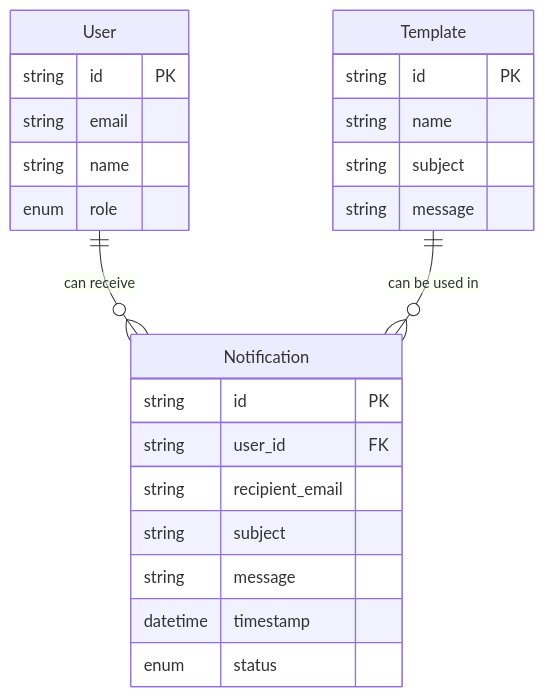
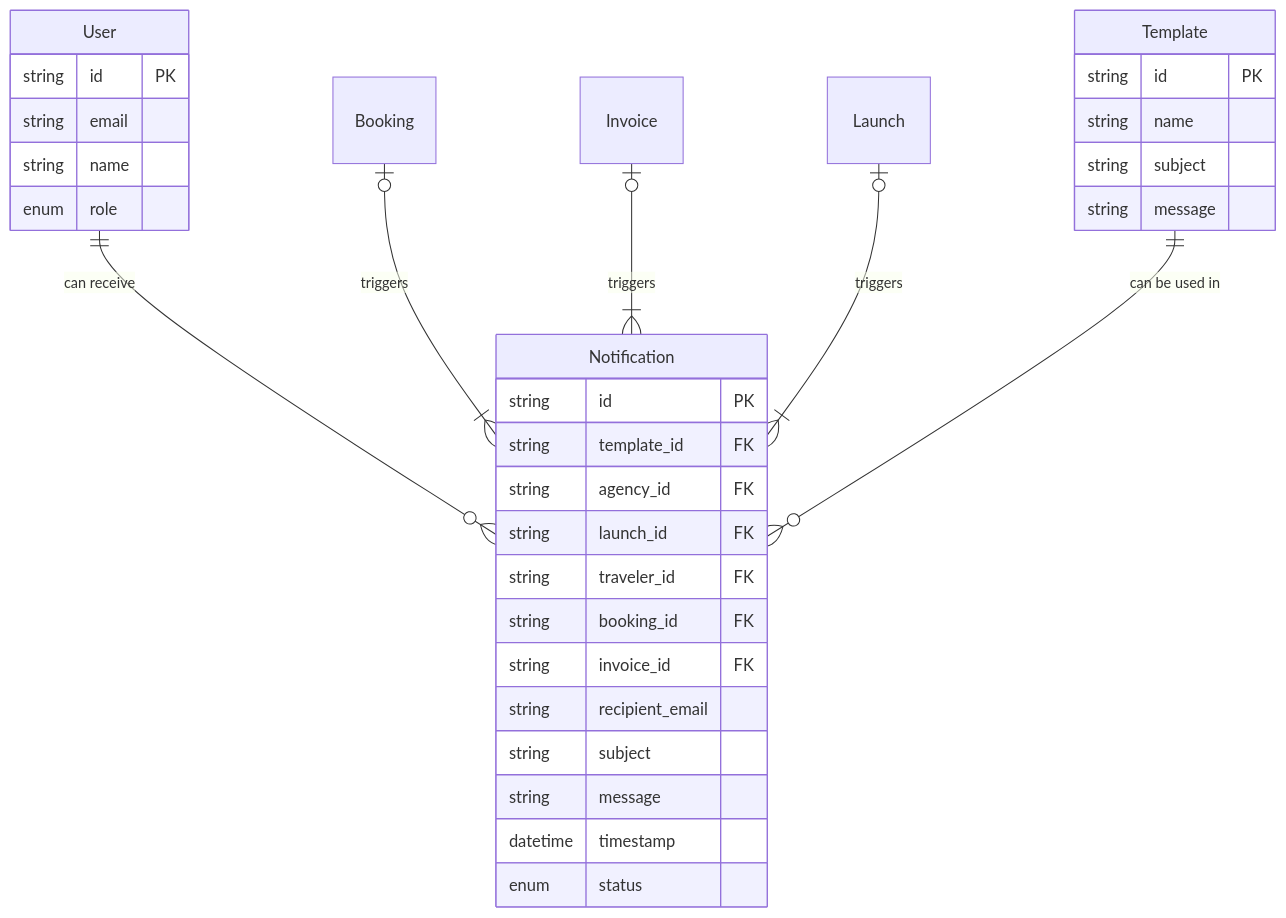
One commit to AstroBookings/.github changed the second of 2 diagrams in profile/2-design/4_4-notification-system.domain.md. Above: the diagram before and after it, drawn with Mermaid. The commit also changed 2 other files, not shown here.

Commit message:
wip: nptification api entities

````diff
--- a/profile/2-design/4_4-notification-system.domain.md
+++ b/profile/2-design/4_4-notification-system.domain.md
@@ -136,29 +136,37 @@
 ```mermaid
 erDiagram
     User {
         string id PK
         string email
         string name
         enum role
     }
 
     Notification {
         string id PK
-        string user_id FK
+        string template_id FK
+        string agency_id FK
+        string launch_id FK
+        string traveler_id FK
+        string booking_id FK
+        string invoice_id FK
         string recipient_email
         string subject
         string message
         datetime timestamp
         enum status
     }
 
     Template {
         string id PK
         string name
         string subject
         string message
     }
 
    User ||--o{ Notification : "can receive"
+   Booking o|--|{ Notification : "triggers"
+   Invoice o|--|{ Notification : "triggers"
+   Launch o|--|{ Notification : "triggers"
    Template ||--o{ Notification : "can be used in"
 ```
````
